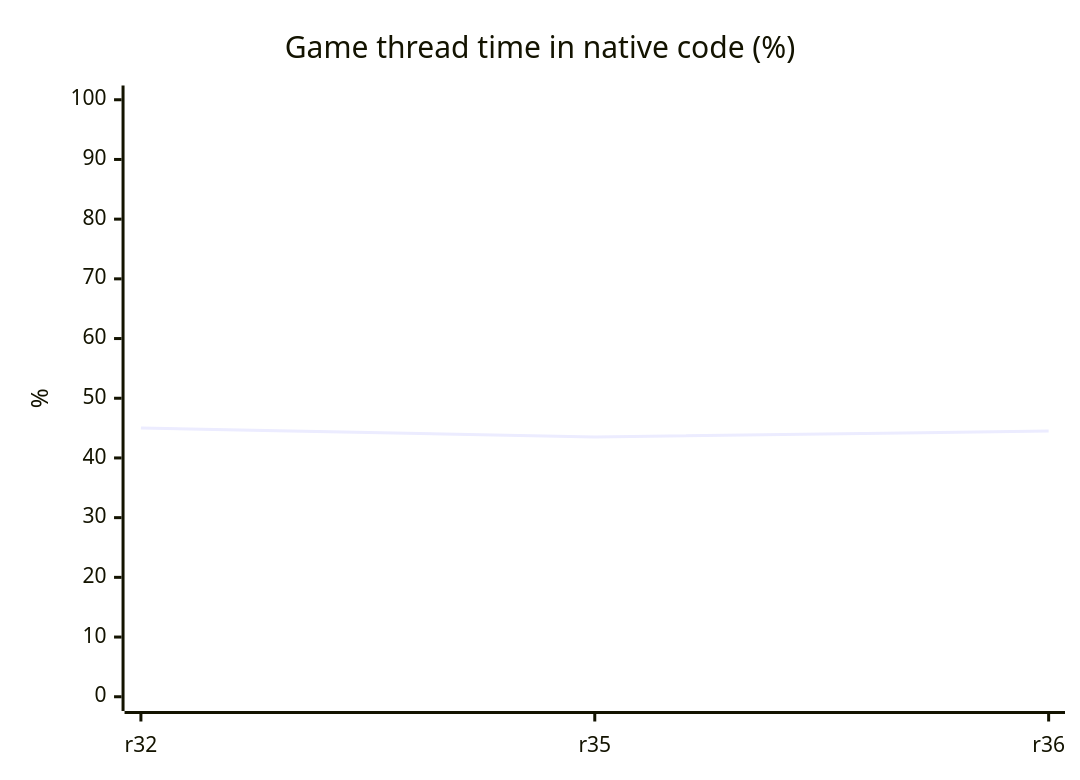
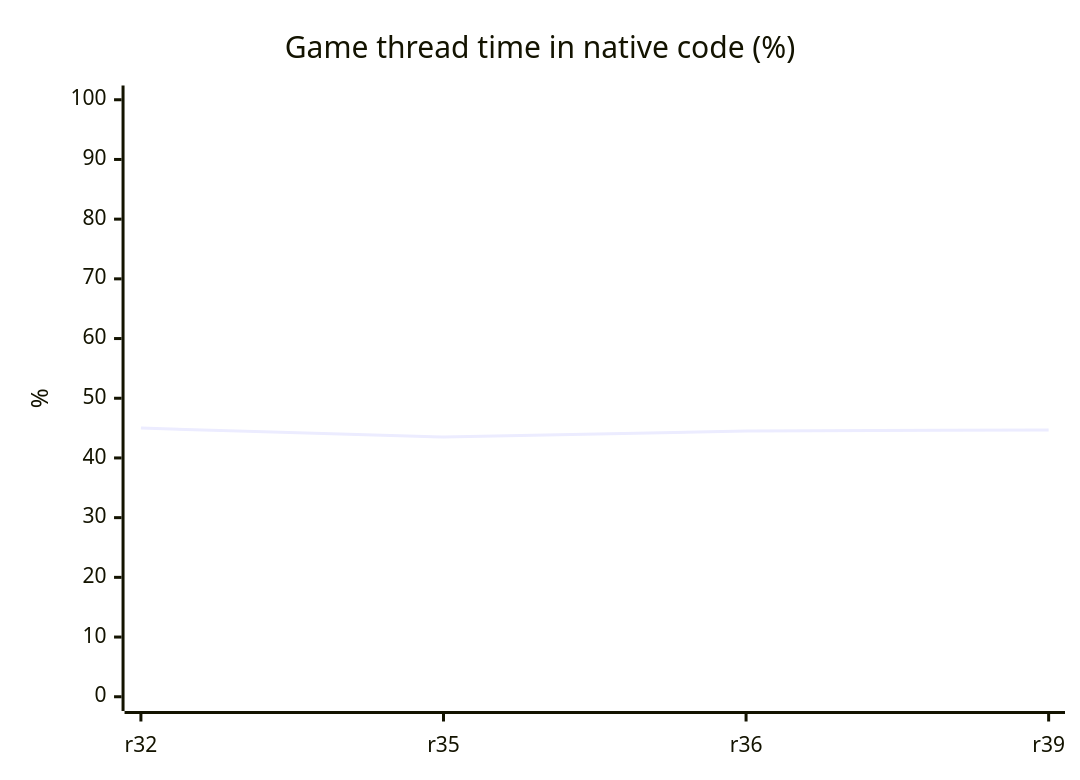
The diagram in README.md (HenryKun55/celosia), drawn with Mermaid before and after one commit. The commit also changed other lines of this file and 10 other files, not shown here.

````diff
--- a/README.md
+++ b/README.md
@@ -244,7 +245,7 @@
 ```mermaid
 xychart-beta
     title "Game thread time in native code (%)"
-    x-axis ["r32", "r35", "r36"]
+    x-axis ["r32", "r35", "r36", "r39"]
     y-axis "%" 0 --> 100
-    line [45.0, 43.5, 44.5]
+    line [45.0, 43.5, 44.5, 44.7]
 ```
````
